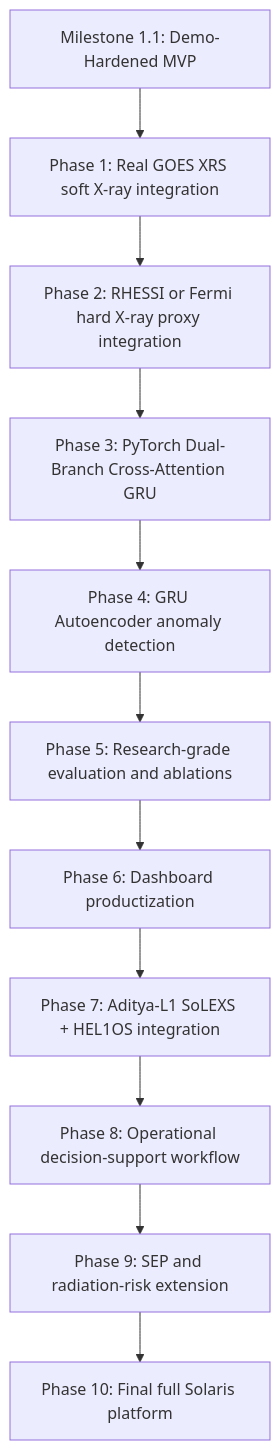
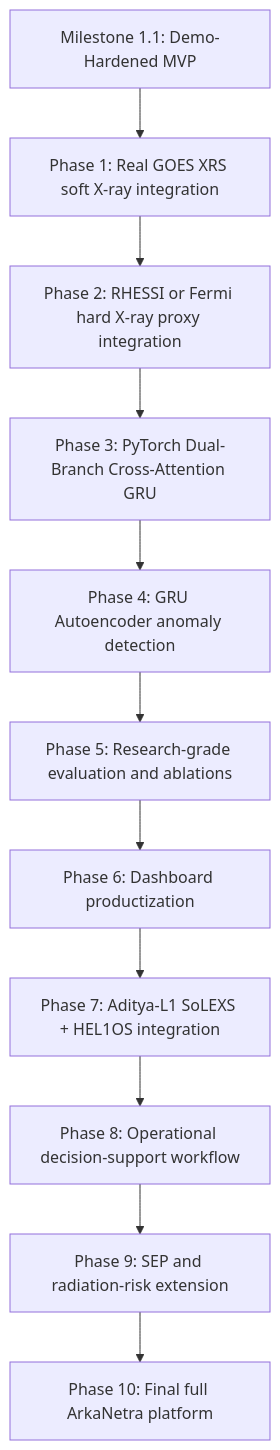
Before and after one commit to RavaniRoshan/arka-netra: diagram 11 of 13 in explanation.md, drawn with Mermaid. The commit also changed other lines of this file and 153 other files, not shown here.

Commit message:
Rename Project Solaris to ArkaNetra across the entire repo

````diff
--- a/explanation.md
+++ b/explanation.md
@@ -274,13 +274,13 @@
 ```mermaid
 flowchart TD
     M11["Milestone 1.1: Demo-Hardened MVP"] --> P1["Phase 1: Real GOES XRS soft X-ray integration"]
     P1 --> P2["Phase 2: RHESSI or Fermi hard X-ray proxy integration"]
     P2 --> P3["Phase 3: PyTorch Dual-Branch Cross-Attention GRU"]
     P3 --> P4["Phase 4: GRU Autoencoder anomaly detection"]
     P4 --> P5["Phase 5: Research-grade evaluation and ablations"]
     P5 --> P6["Phase 6: Dashboard productization"]
     P6 --> P7["Phase 7: Aditya-L1 SoLEXS + HEL1OS integration"]
     P7 --> P8["Phase 8: Operational decision-support workflow"]
     P8 --> P9["Phase 9: SEP and radiation-risk extension"]
-    P9 --> P10["Phase 10: Final full Solaris platform"]
+    P9 --> P10["Phase 10: Final full ArkaNetra platform"]
 ```
````
